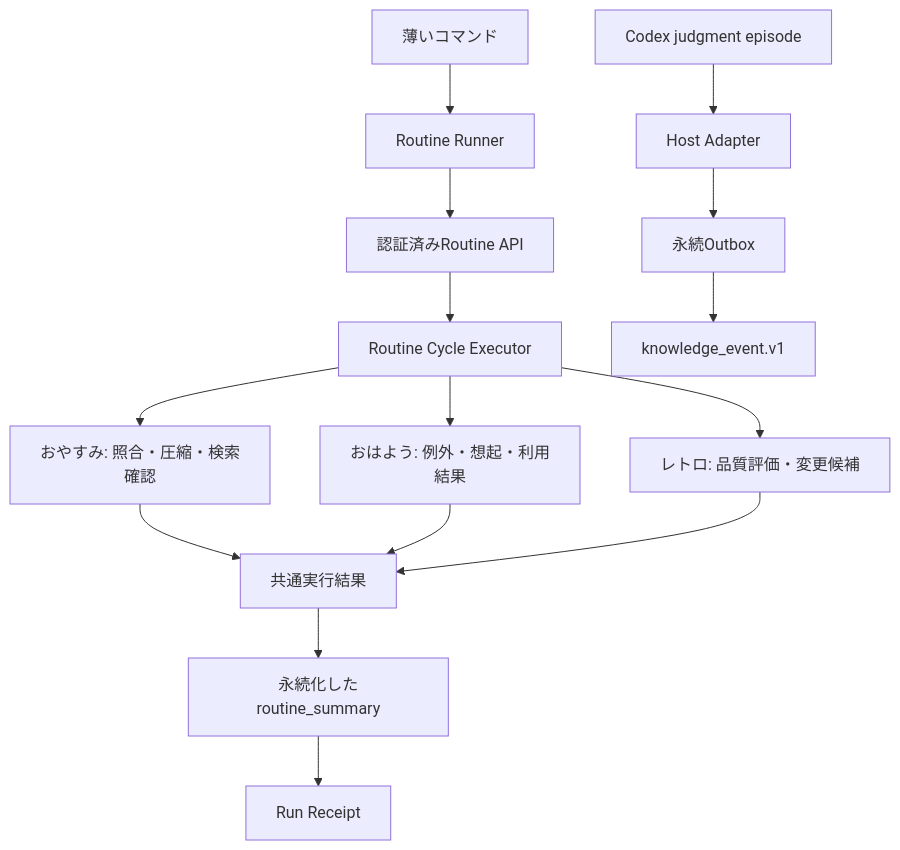
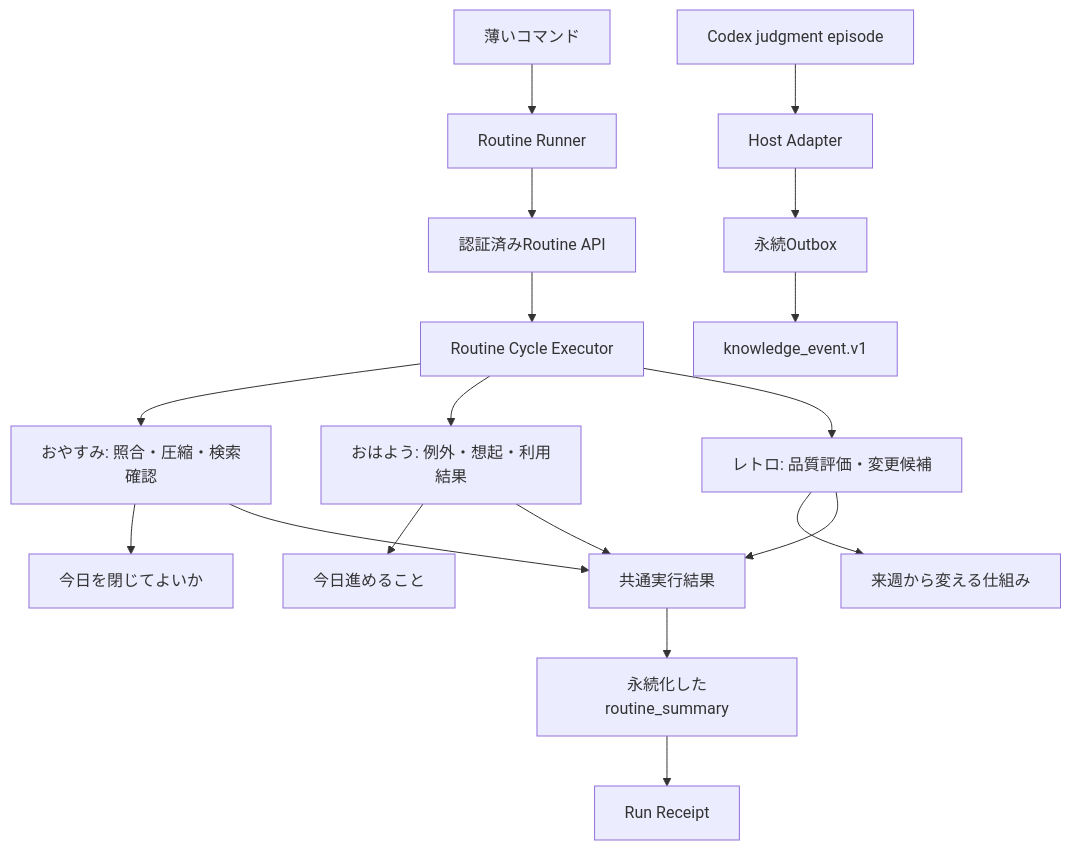
One commit to Unson-LLC/brainbase changed the diagram in docs/architecture/brainbase-memory-routine-cycle-architecture.md. Above: the diagram before and after it, drawn with Mermaid. The commit also changed other lines of this file and 9 other files, not shown here.

````diff
--- a/docs/architecture/brainbase-memory-routine-cycle-architecture.md
+++ b/docs/architecture/brainbase-memory-routine-cycle-architecture.md
@@ -22,17 +22,20 @@
 ```mermaid
 flowchart TD
     CMD["薄いコマンド"] --> RUN["Routine Runner"]
     RUN --> API["認証済みRoutine API"]
     API --> EXEC["Routine Cycle Executor"]
     EXEC --> NIGHT["おやすみ: 照合・圧縮・検索確認"]
     EXEC --> MORNING["おはよう: 例外・想起・利用結果"]
     EXEC --> RETRO["レトロ: 品質評価・変更候補"]
+    NIGHT --> NIGHTVIEW["今日を閉じてよいか"]
+    MORNING --> MORNINGVIEW["今日進めること"]
+    RETRO --> RETROVIEW["来週から変える仕組み"]
     NIGHT --> RESULT["共通実行結果"]
     MORNING --> RESULT
     RETRO --> RESULT
     RESULT --> ARTIFACT["永続化したroutine_summary"]
     ARTIFACT --> RECEIPT["Run Receipt"]
     HOST["Codex judgment episode"] --> ADAPTER["Host Adapter"]
     ADAPTER --> OUTBOX["永続Outbox"]
     OUTBOX --> EVENT["knowledge_event.v1"]
 ```
````
